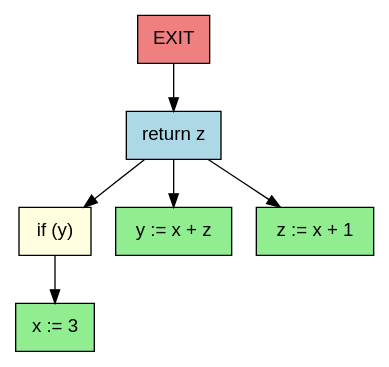
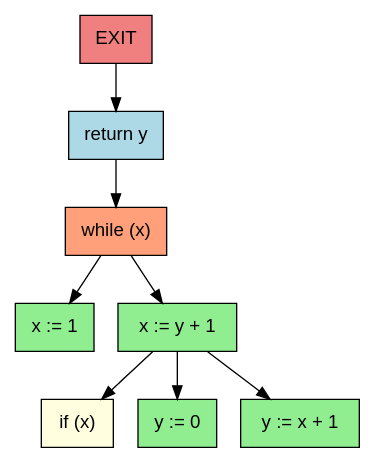
The diagram in postdom_tree.dot (eleniogarcia/AnalisisEstatico), drawn with Graphviz before and after one commit. The commit also changed 13 other files, not shown here.

```diff
--- a/postdom_tree.dot
+++ b/postdom_tree.dot
@@ -1,15 +1,19 @@
 digraph PostDomTree {
   rankdir=TB;
   node [shape=box, fontname="Helvetica", style=filled];
-  n0 [label="x := 3", fillcolor=lightgreen];
-  n1 [label="if (y)", fillcolor=lightyellow];
-  n3 [label="y := x + z", fillcolor=lightgreen];
-  n4 [label="return z", fillcolor=lightblue];
-  n5 [label="EXIT", fillcolor=lightcoral];
-  n2 [label="z := x + 1", fillcolor=lightgreen];
+  n0 [label="x := 1", fillcolor=lightgreen];
+  n1 [label="while (x)", fillcolor=lightsalmon];
+  n6 [label="return y", fillcolor=lightblue];
+  n7 [label="EXIT", fillcolor=lightcoral];
+  n2 [label="if (x)", fillcolor=lightyellow];
+  n4 [label="y := 0", fillcolor=lightgreen];
+  n5 [label="x := y + 1", fillcolor=lightgreen];
+  n3 [label="y := x + 1", fillcolor=lightgreen];
   n1 -> n0;
-  n4 -> n1;
-  n4 -> n3;
+  n6 -> n1;
+  n7 -> n6;
+  n5 -> n2;
   n5 -> n4;
-  n4 -> n2;
+  n1 -> n5;
+  n5 -> n3;
 }
```
